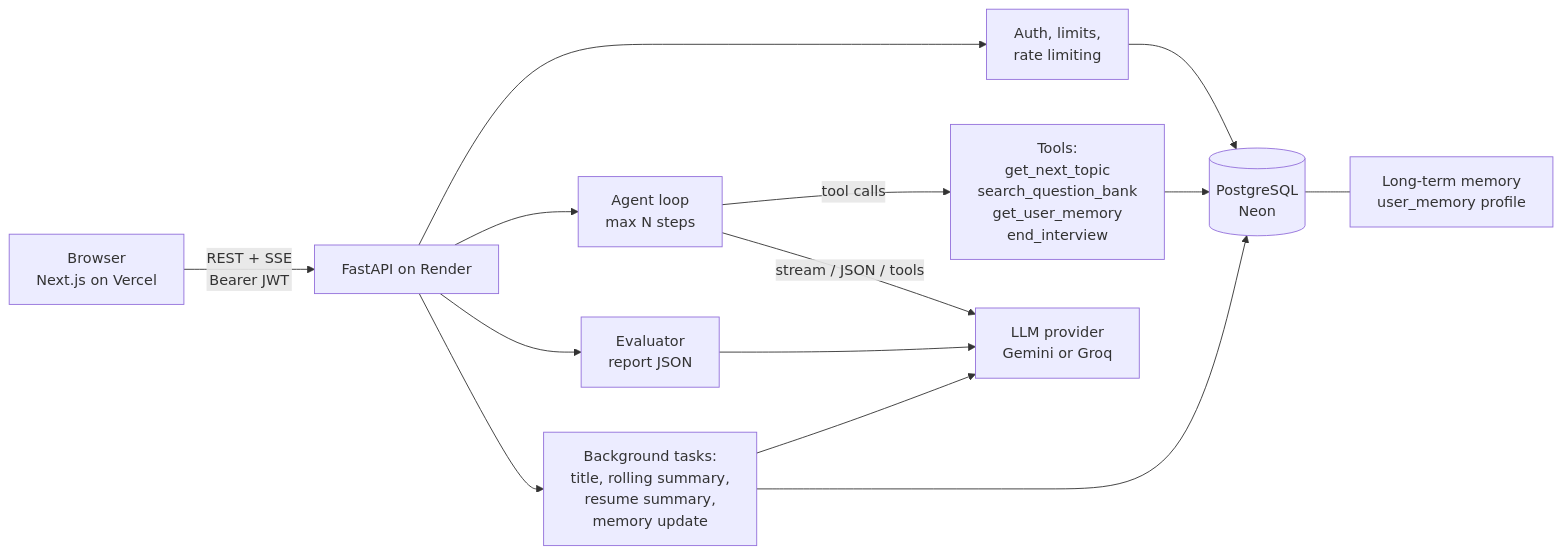
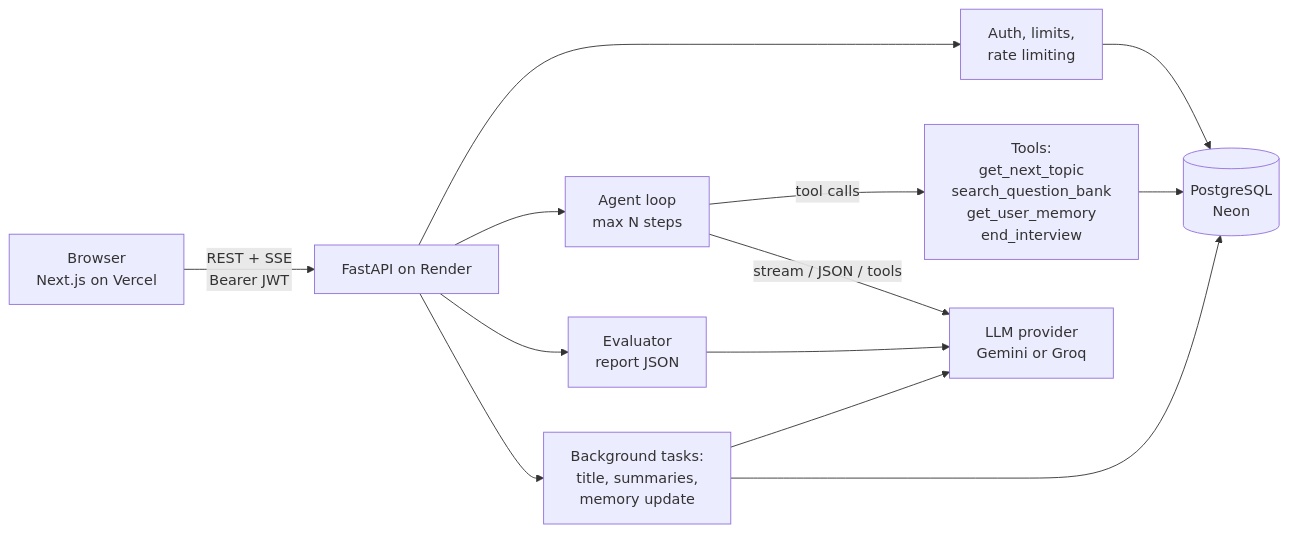
The diagram in README.md (aamir5656/interviewra-app), drawn with Mermaid before and after one commit. The commit also changed other lines of this file, not shown here.

````diff
--- a/README.md
+++ b/README.md
@@ -24,16 +51,15 @@
 ```mermaid
 flowchart LR
     U[Browser<br/>Next.js on Vercel] -- "REST + SSE<br/>Bearer JWT" --> API[FastAPI on Render]
     API --> AUTH[Auth, limits,<br/>rate limiting]
     API --> AGENT[Agent loop<br/>max N steps]
     AGENT -- "tool calls" --> TOOLS[Tools:<br/>get_next_topic<br/>search_question_bank<br/>get_user_memory<br/>end_interview]
     AGENT -- "stream / JSON / tools" --> LLM[LLM provider<br/>Gemini or Groq]
     API --> EVAL[Evaluator<br/>report JSON]
     EVAL --> LLM
     TOOLS --> DB[(PostgreSQL<br/>Neon)]
     AUTH --> DB
-    API --> BG[Background tasks:<br/>title, rolling summary,<br/>resume summary,<br/>memory update]
+    API --> BG[Background tasks:<br/>title, summaries,<br/>memory update]
     BG --> LLM
     BG --> DB
-    DB --- MEM[Long-term memory<br/>user_memory profile]
 ```
````
